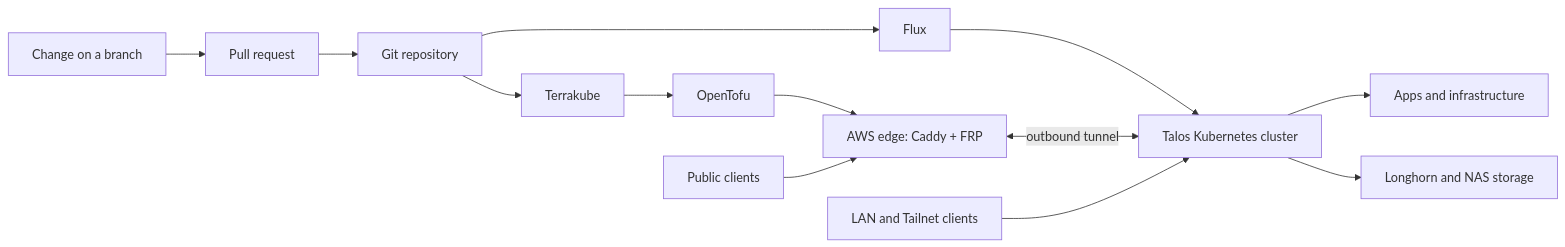
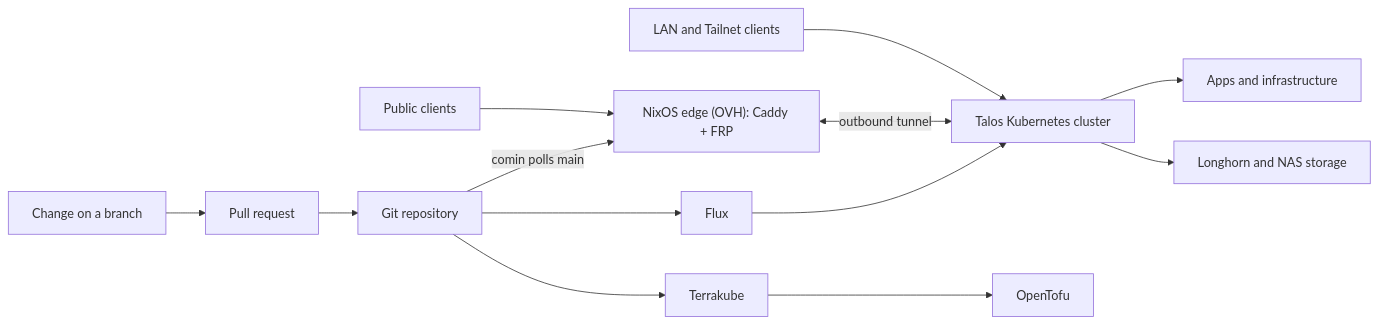
Before and after one commit to member87/home-ops: the diagram in docs/README.md, drawn with Mermaid. The commit also changed other lines of this file and 31 other files, not shown here.

````diff
--- a/docs/README.md
+++ b/docs/README.md
@@ -22,18 +22,18 @@
 ```mermaid
 flowchart LR
     DEV["Change on a branch"] --> PR["Pull request"]
     PR --> GIT["Git repository"]
 
     GIT --> FLUX["Flux"]
     FLUX --> K8S["Talos Kubernetes cluster"]
     K8S --> APPS["Apps and infrastructure"]
     K8S --> NAS["Longhorn and NAS storage"]
 
     GIT --> TK["Terrakube"]
     TK --> TF["OpenTofu"]
-    TF --> EDGE["AWS edge: Caddy + FRP"]
+    GIT -->|"comin polls main"| EDGE["NixOS edge (OVH): Caddy + FRP"]
     EDGE <-->|"outbound tunnel"| K8S
 
     LAN["LAN and Tailnet clients"] --> K8S
     INTERNET["Public clients"] --> EDGE
 ```
````
